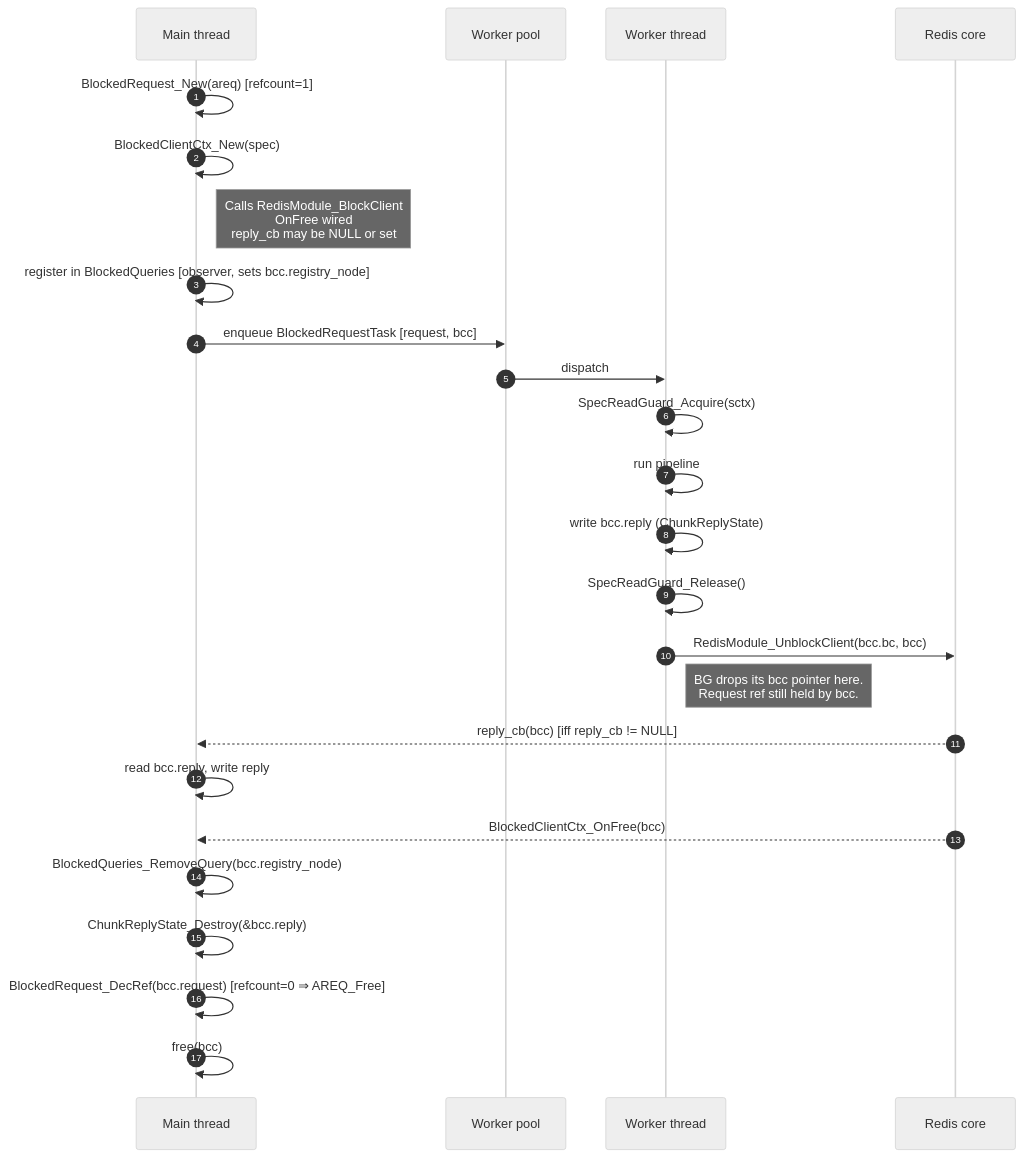
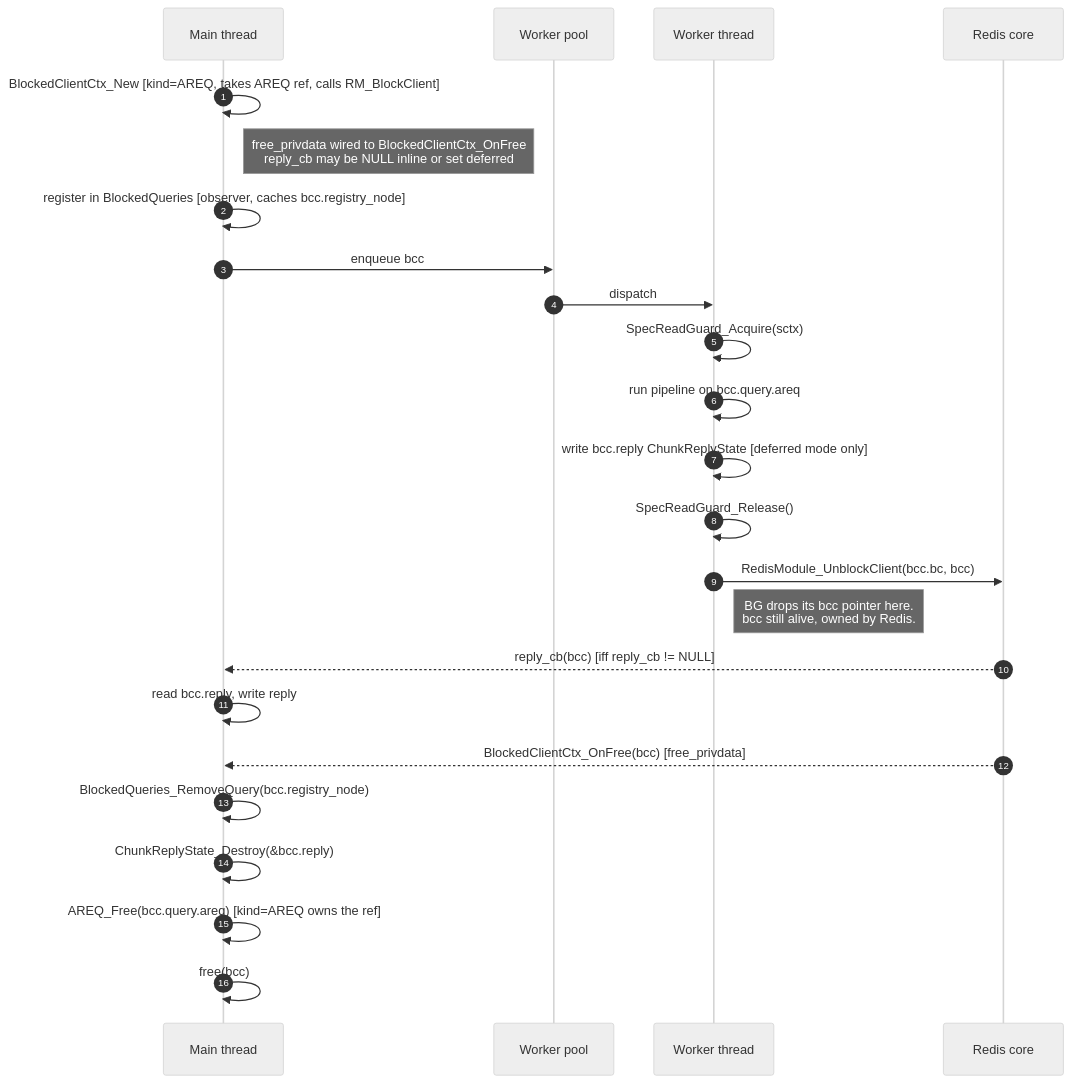
The third of 5 diagrams in docs/design/blocked_client_refactor.md (RediSearch/RediSearch), drawn with Mermaid (neutral theme) before and after one commit. The commit also changed other lines of this file, not shown here.

````diff
--- a/docs/design/blocked_client_refactor.md
+++ b/docs/design/blocked_client_refactor.md
@@ -288,28 +313,27 @@
 ```mermaid
 sequenceDiagram
   autonumber
   participant Main as Main thread
   participant Pool as Worker pool
   participant Worker as Worker thread
   participant Redis as Redis core
 
-  Main->>Main: BlockedRequest_New(areq)  [refcount=1]
-  Main->>Main: BlockedClientCtx_New(spec)
-  Note right of Main: Calls RedisModule_BlockClient<br/>OnFree wired<br/>reply_cb may be NULL or set
-  Main->>Main: register in BlockedQueries  [observer, sets bcc.registry_node]
-  Main->>Pool: enqueue BlockedRequestTask  [request, bcc]
+  Main->>Main: BlockedClientCtx_New  [kind=AREQ, takes AREQ ref, calls RM_BlockClient]
+  Note right of Main: free_privdata wired to BlockedClientCtx_OnFree<br/>reply_cb may be NULL inline or set deferred
+  Main->>Main: register in BlockedQueries  [observer, caches bcc.registry_node]
+  Main->>Pool: enqueue bcc
   Pool->>Worker: dispatch
   Worker->>Worker: SpecReadGuard_Acquire(sctx)
-  Worker->>Worker: run pipeline
-  Worker->>Worker: write bcc.reply  (ChunkReplyState)
+  Worker->>Worker: run pipeline on bcc.query.areq
+  Worker->>Worker: write bcc.reply ChunkReplyState  [deferred mode only]
   Worker->>Worker: SpecReadGuard_Release()
   Worker->>Redis: RedisModule_UnblockClient(bcc.bc, bcc)
-  Note right of Worker: BG drops its bcc pointer here.<br/>Request ref still held by bcc.
+  Note right of Worker: BG drops its bcc pointer here.<br/>bcc still alive, owned by Redis.
   Redis-->>Main: reply_cb(bcc)  [iff reply_cb != NULL]
   Main->>Main: read bcc.reply, write reply
-  Redis-->>Main: BlockedClientCtx_OnFree(bcc)
+  Redis-->>Main: BlockedClientCtx_OnFree(bcc)  [free_privdata]
   Main->>Main: BlockedQueries_RemoveQuery(bcc.registry_node)
   Main->>Main: ChunkReplyState_Destroy(&bcc.reply)
-  Main->>Main: BlockedRequest_DecRef(bcc.request)  [refcount=0 ⇒ AREQ_Free]
+  Main->>Main: AREQ_Free(bcc.query.areq)  [kind=AREQ owns the ref]
   Main->>Main: free(bcc)
 ```
````
